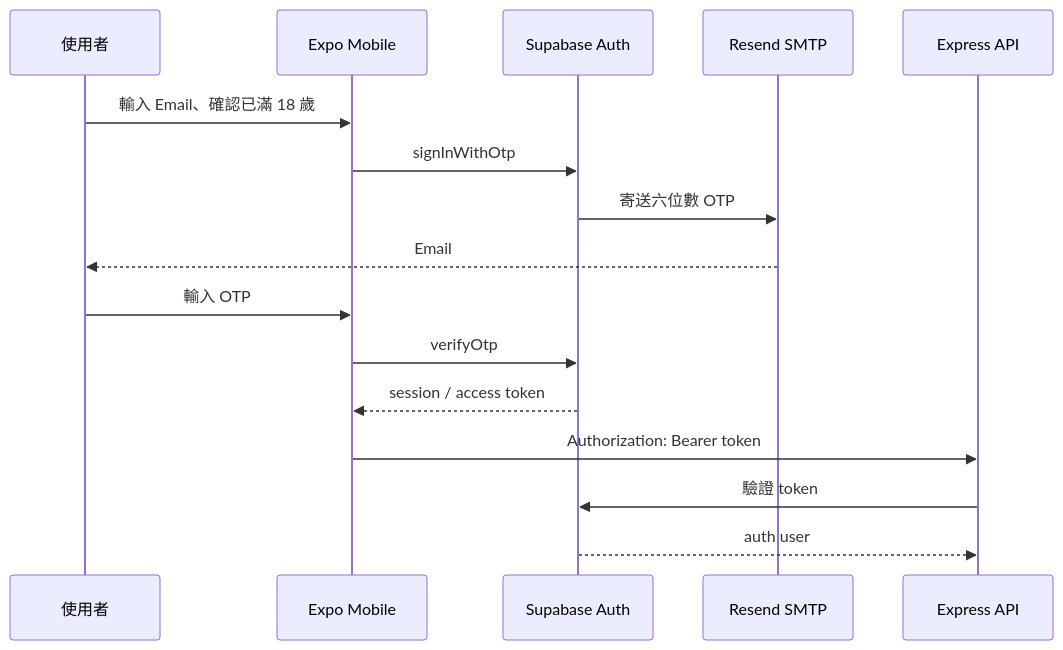
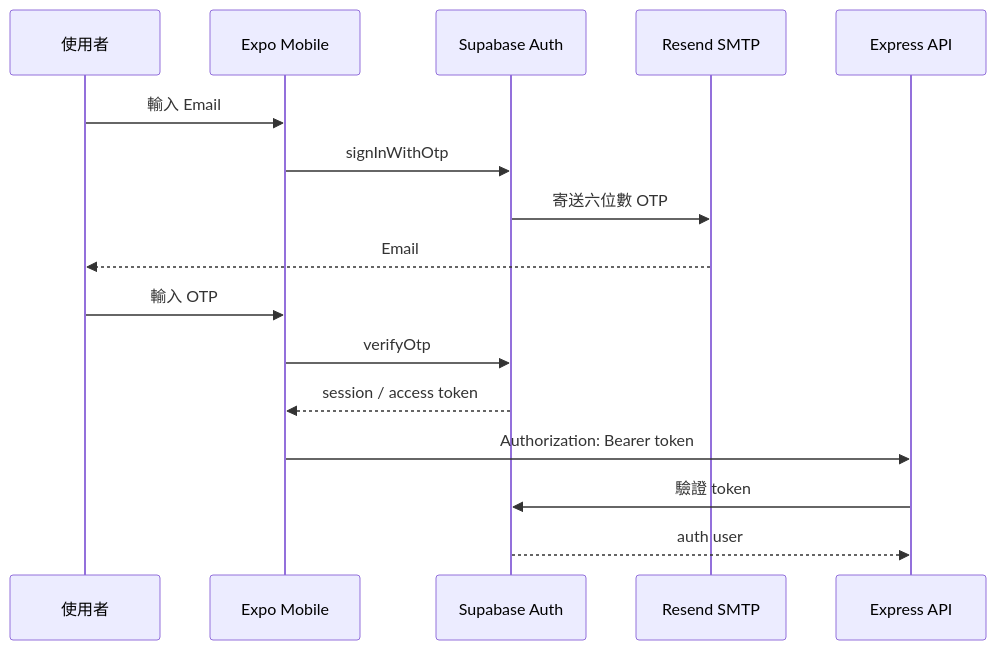
The first of 4 diagrams in docs/ARCHITECTURE.md (Live-Rocks/softplace), drawn with Mermaid before and after one commit. The commit also changed 5 other files, not shown here.

````diff
--- a/docs/ARCHITECTURE.md
+++ b/docs/ARCHITECTURE.md
@@ -21,19 +21,19 @@
 ```mermaid
 sequenceDiagram
     participant U as 使用者
     participant M as Expo Mobile
     participant A as Supabase Auth
     participant R as Resend SMTP
     participant S as Express API
 
-    U->>M: 輸入 Email、確認已滿 18 歲
+    U->>M: 輸入 Email
     M->>A: signInWithOtp
     A->>R: 寄送六位數 OTP
     R-->>U: Email
     U->>M: 輸入 OTP
     M->>A: verifyOtp
     A-->>M: session / access token
     M->>S: Authorization: Bearer token
     S->>A: 驗證 token
     A-->>S: auth user
 ```
````
